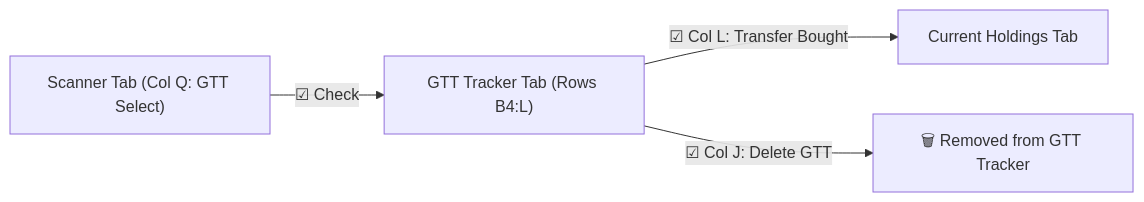
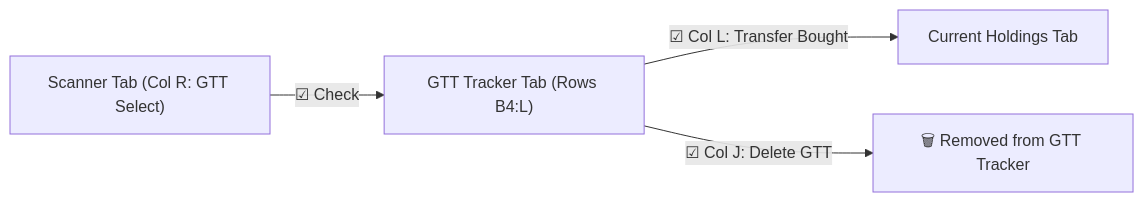
Before and after one commit to Fulera2021/Darvas-Bearish-Bullish-combo: the second of 2 diagrams in GOOGLE_SHEETS_SCANNER_GUIDE.md, drawn with Mermaid. The commit also changed other lines of this file and 2 other files, not shown here.

Commit message:
feat: update Google Sheets scanner column structure and web runner script

````diff
--- a/GOOGLE_SHEETS_SCANNER_GUIDE.md
+++ b/GOOGLE_SHEETS_SCANNER_GUIDE.md
@@ -154,6 +155,6 @@
 ```mermaid
 flowchart LR
-    Scan["Scanner Tab (Col Q: GTT Select)"] -- "☑ Check" --> GTT["GTT Tracker Tab (Rows B4:L)"]
+    Scan["Scanner Tab (Col R: GTT Select)"] -- "☑ Check" --> GTT["GTT Tracker Tab (Rows B4:L)"]
     GTT -- "☑ Col L: Transfer Bought" --> Hold["Current Holdings Tab"]
     GTT -- "☑ Col J: Delete GTT" --> Trash["🗑 Removed from GTT Tracker"]
 ```
````
